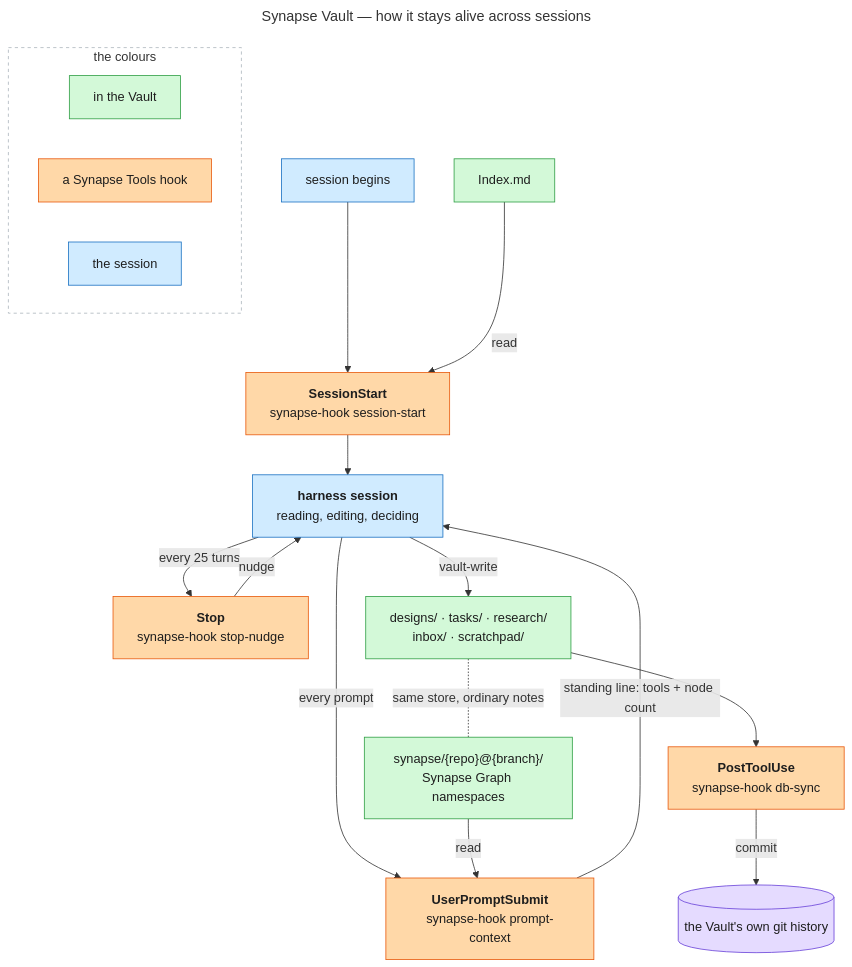
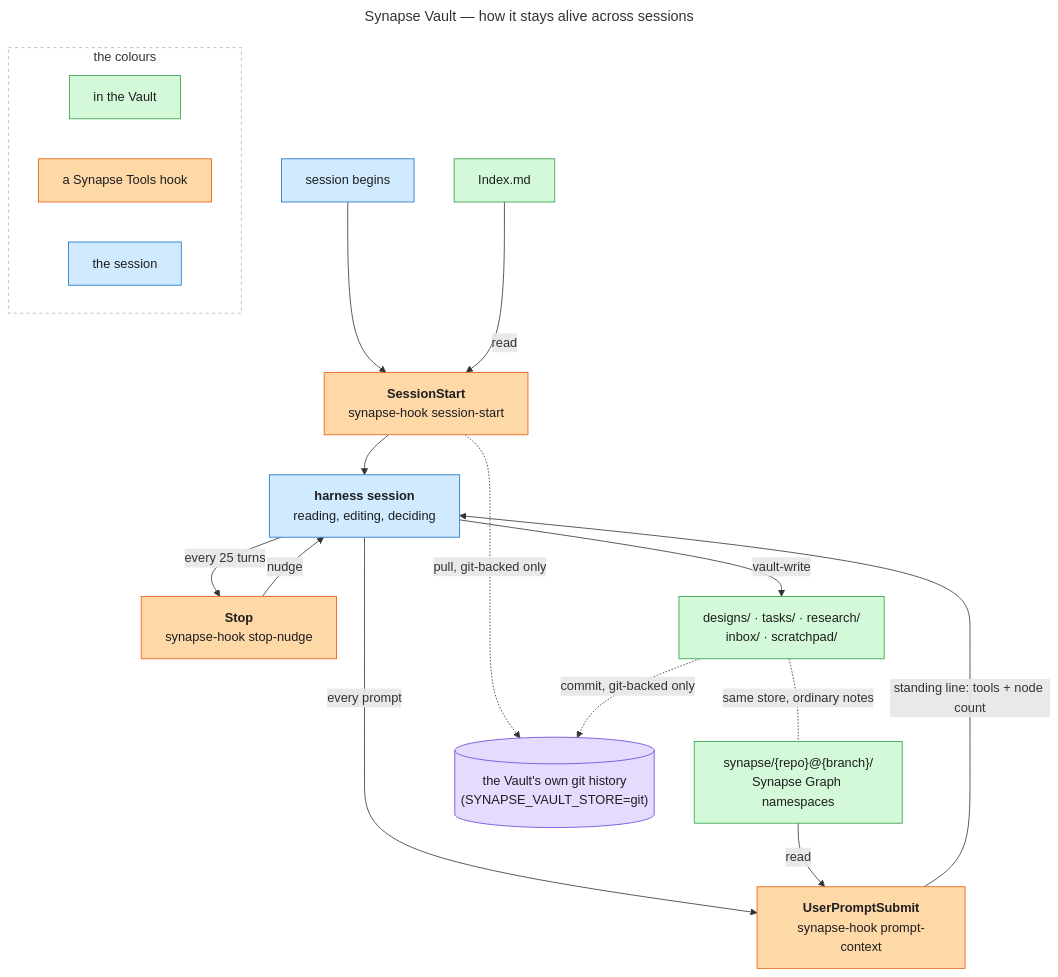
One commit to imunitic/synapse changed the diagram in docs/synapse/diagrams/synapse-vault-overview.mmd. Above: the diagram before and after it, drawn with Mermaid. The commit also changed 31 other files, not shown here.

First line of the commit message:
feat(synapse): GitStore, a Store backend that owns the vault's own git lifecycle

```diff
--- a/docs/synapse/diagrams/synapse-vault-overview.mmd
+++ b/docs/synapse/diagrams/synapse-vault-overview.mmd
@@ -1,58 +1,57 @@
 ---
 title: Synapse Vault — how it stays alive across sessions
 ---
 %% Kept deliberately flat: NO subgraph for the Vault. Mermaid drew its cluster box
 %% around the hooks and the session too, which reads as "these live inside the
 %% Vault" -- false. Colour carries membership instead, and edge labels are held
 %% to two or three words. Long labels on crossing edges land on top of boxes.
 %% -- Boxes carry NAMES. What each hook actually does is in the reference table
 %% under this diagram in docs/synapse-vault.md: a rectangle holding five lines of
 %% mechanism is a paragraph in a box, unreadable at exactly the glance a diagram
 %% exists to serve.
 flowchart TB
     classDef hook fill:#ffd8a8,stroke:#e8590c,color:#1e1e1e
     classDef vault fill:#d3f9d8,stroke:#2f9e44,color:#1e1e1e
     classDef session fill:#d0ebff,stroke:#1971c2,color:#1e1e1e
     classDef store fill:#e5dbff,stroke:#6741d9,color:#1e1e1e
 
     BEGIN["session begins"]
     H1["<b>SessionStart</b><br/>synapse-hook session-start"]
     WORK["<b>harness session</b><br/>reading, editing, deciding"]
     H2["<b>Stop</b><br/>synapse-hook stop-nudge"]
-    H3["<b>PostToolUse</b><br/>synapse-hook db-sync"]
     H4["<b>UserPromptSubmit</b><br/>synapse-hook prompt-context"]
 
     IDX["Index.md"]
     FOLDERS["designs/ · tasks/ · research/<br/>inbox/ · scratchpad/"]
     SYN["synapse/{repo}@{branch}/<br/>Synapse Graph namespaces"]
-    GIT[("the Vault's own git history")]
+    GIT[("the Vault's own git history<br/>(SYNAPSE_VAULT_STORE=git)")]
 
     BEGIN --> H1
     IDX -->|"read"| H1
     H1 --> WORK
+    H1 -.->|"pull, git-backed only"| GIT
     WORK -->|"every 25 turns"| H2
     H2 -->|"nudge"| WORK
     WORK -->|"every prompt"| H4
     SYN -->|"read"| H4
     H4 -->|"standing line: tools + node count"| WORK
     WORK -->|"vault-write"| FOLDERS
-    FOLDERS --> H3
-    H3 -->|"commit"| GIT
+    FOLDERS -.->|"commit, git-backed only"| GIT
 
-    class H1,H2,H3,H4 hook
+    class H1,H2,H4 hook
     class IDX,FOLDERS,SYN vault
     class BEGIN,WORK session
     class GIT store
 
     FOLDERS -.-|"same store, ordinary notes"| SYN
 
     subgraph KEY["the colours"]
         direction LR
         K1["in the Vault"]
         K2["a Synapse Tools hook"]
         K3["the session"]
     end
     class K1 vault
     class K2 hook
     class K3 session
     style KEY fill:#ffffff,stroke:#adb5bd,stroke-dasharray:4 4
```
